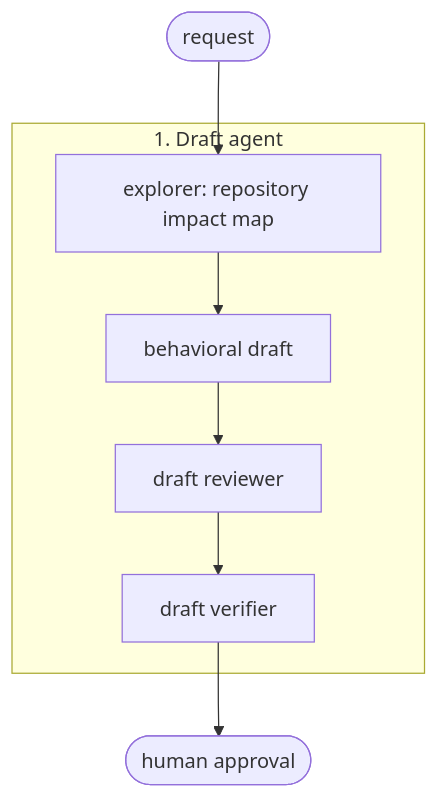
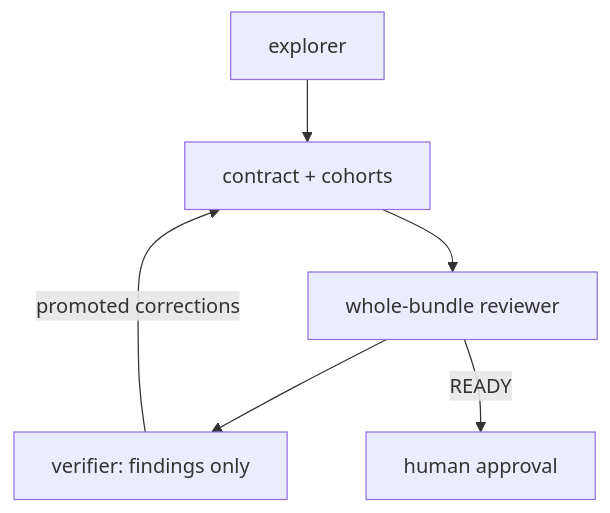
One commit to Sewer56/nixos-opencode-config changed the second of 2 diagrams in EXPLAINER.md. Above: the diagram before and after it, drawn with Mermaid. The commit also changed other lines of this file and 21 other files, not shown here.

````diff
--- a/EXPLAINER.md
+++ b/EXPLAINER.md
@@ -17,12 +45,8 @@
 ```mermaid
 flowchart TD
-    request([request]) --> explorer
-
-    subgraph s1["1. Draft agent"]
-        explorer[explorer: repository impact map] --> draft[behavioral draft]
-        draft --> draftReview[draft reviewer]
-        draftReview --> draftVerify[draft verifier]
-    end
-
-    draftVerify --> approval([human approval])
+    explorer --> draft[contract + cohorts]
+    draft --> draftReview[whole-bundle reviewer]
+    draftReview --> draftVerify[verifier: findings only]
+    draftReview -- READY --> approval[human approval]
+    draftVerify -- promoted corrections --> draft
 ```
````
